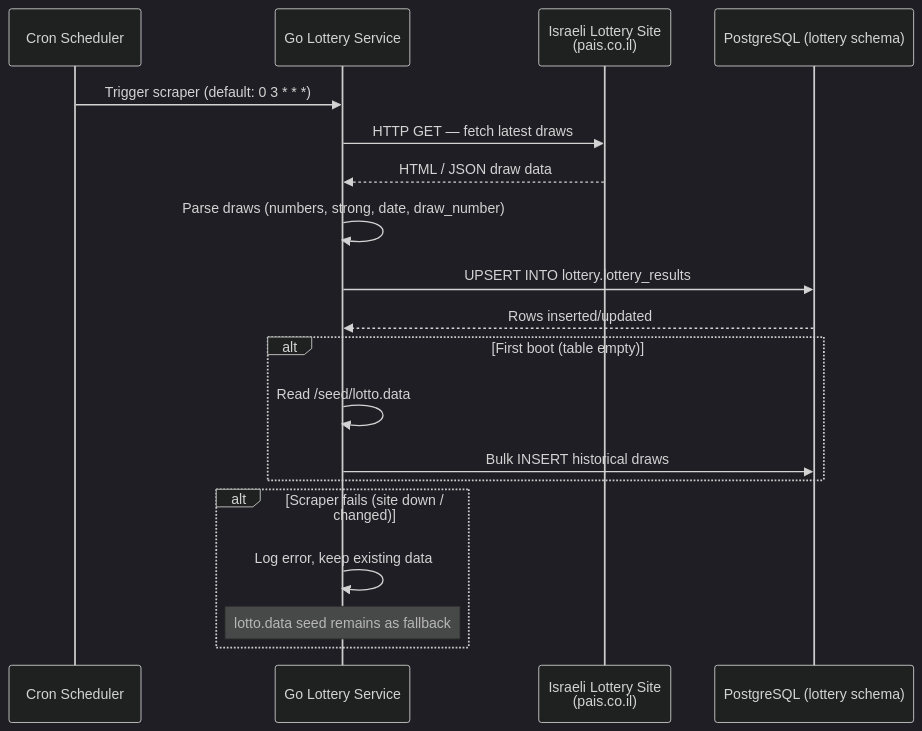
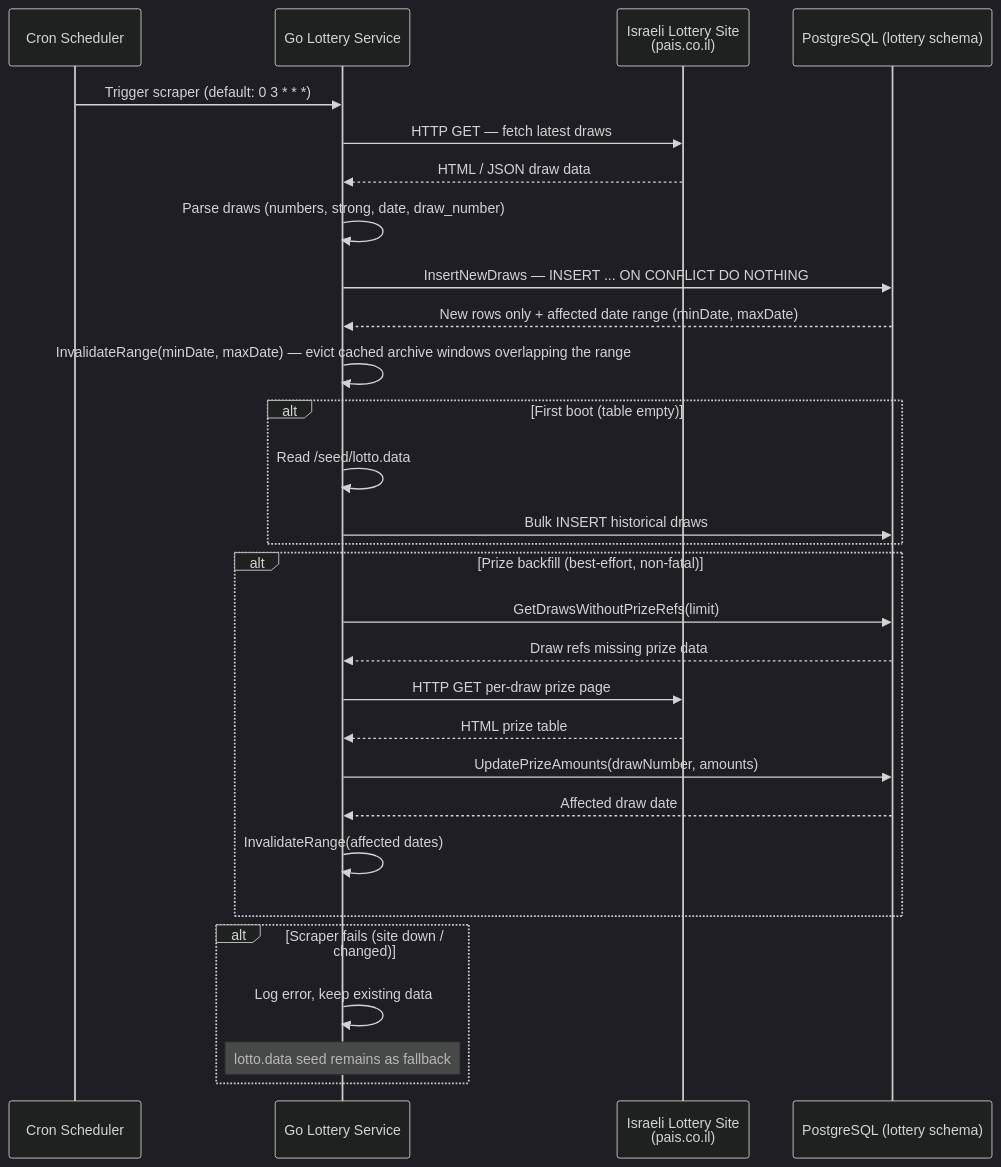
One commit to lihai1/statistiloto-orchestrator changed the sixth of 8 diagrams in docs/FLOWS.md. Above: the diagram before and after it, drawn with Mermaid (dark theme). The commit also changed other lines of this file and 18 other files, not shown here.

````diff
--- a/docs/FLOWS.md
+++ b/docs/FLOWS.md
@@ -158,24 +197,35 @@
 ```mermaid
 sequenceDiagram
     participant CRON as Cron Scheduler
     participant G as Go Lottery Service
     participant WEB as Israeli Lottery Site<br/>(pais.co.il)
     participant DB as PostgreSQL (lottery schema)
 
     CRON->>G: Trigger scraper (default: 0 3 * * *)
     G->>WEB: HTTP GET — fetch latest draws
     WEB-->>G: HTML / JSON draw data
     G->>G: Parse draws (numbers, strong, date, draw_number)
-    G->>DB: UPSERT INTO lottery.lottery_results
-    DB-->>G: Rows inserted/updated
+    G->>DB: InsertNewDraws — INSERT ... ON CONFLICT DO NOTHING
+    DB-->>G: New rows only + affected date range (minDate, maxDate)
+    G->>G: InvalidateRange(minDate, maxDate) — evict cached archive windows overlapping the range
 
     alt First boot (table empty)
         G->>G: Read /seed/lotto.data
         G->>DB: Bulk INSERT historical draws
+    end
+
+    alt Prize backfill (best-effort, non-fatal)
+        G->>DB: GetDrawsWithoutPrizeRefs(limit)
+        DB-->>G: Draw refs missing prize data
+        G->>WEB: HTTP GET per-draw prize page
+        WEB-->>G: HTML prize table
+        G->>DB: UpdatePrizeAmounts(drawNumber, amounts)
+        DB-->>G: Affected draw date
+        G->>G: InvalidateRange(affected dates)
     end
 
     alt Scraper fails (site down / changed)
         G->>G: Log error, keep existing data
         Note over G: lotto.data seed remains as fallback
     end
 ```
````
